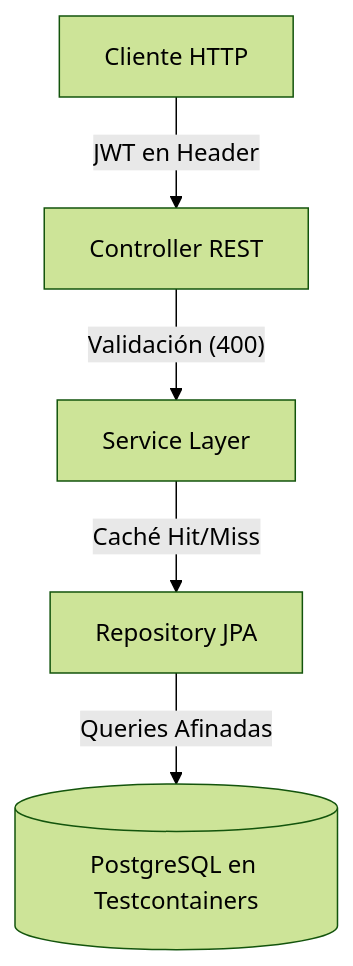
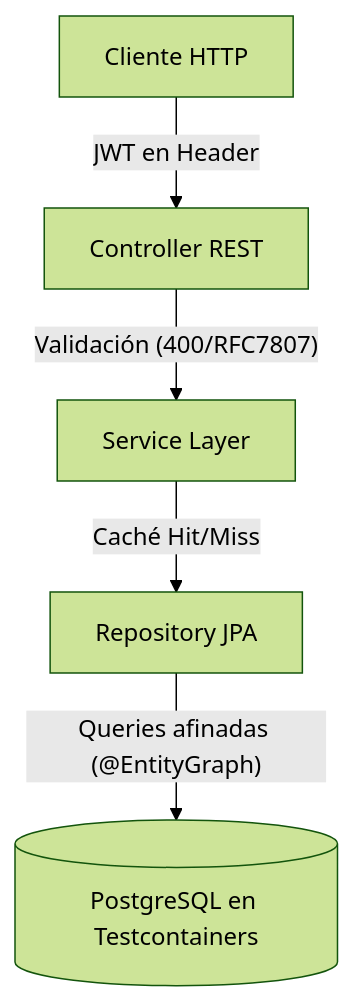
Before and after one commit to obiticadev/DAM-2025-26: the diagram in Programación/Aprendizaje autodidacta/11_APIRESTMasterclass/teoria/24_Boss_Final.md, drawn with Mermaid (forest theme). The commit also changed other lines of this file and 74 other files, not shown here.

````diff
--- a/Programación/Aprendizaje autodidacta/11_APIRESTMasterclass/teoria/24_Boss_Final.md
+++ b/Programación/Aprendizaje autodidacta/11_APIRESTMasterclass/teoria/24_Boss_Final.md
@@ -85,7 +22,7 @@
 ```mermaid
 flowchart TD
     C[Cliente HTTP] -- "JWT en Header" --> A[Controller REST]
-    A -- "Validación (400)" --> S[Service Layer]
+    A -- "Validación (400/RFC7807)" --> S[Service Layer]
     S -- "Caché Hit/Miss" --> R[Repository JPA]
-    R -- "Queries Afinadas" --> DB[(PostgreSQL en Testcontainers)]
+    R -- "Queries afinadas (@EntityGraph)" --> DB[(PostgreSQL en Testcontainers)]
 ```
````
